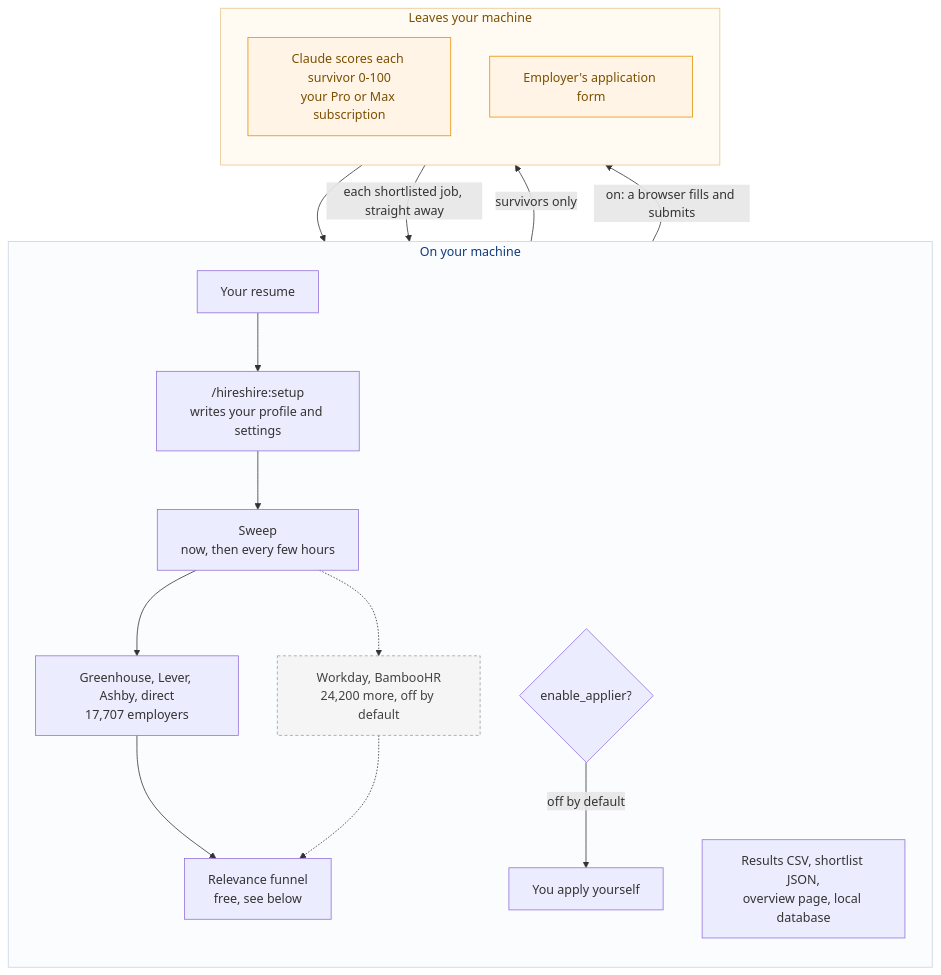
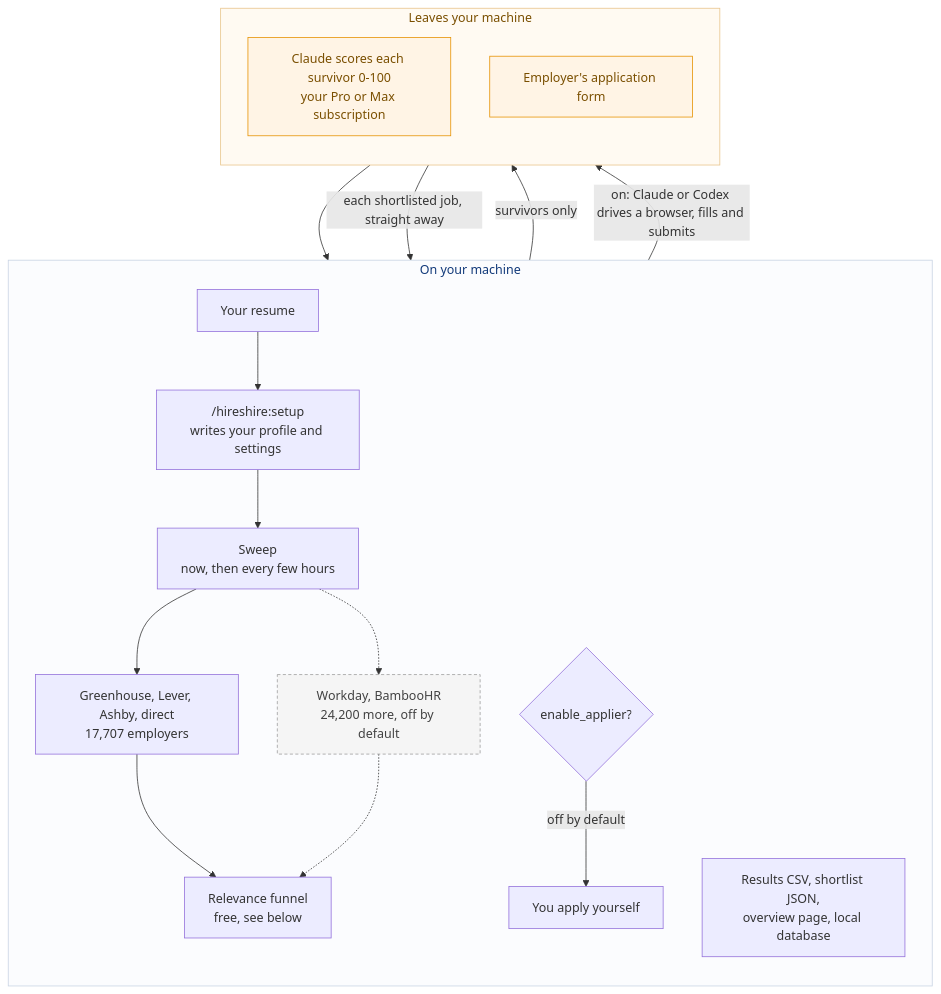
The first of 2 diagrams in docs/TECH_ARCH.md (slowloris-98/HireShire-plugin), drawn with Mermaid before and after one commit. The commit also changed other lines of this file and 20 other files, not shown here.

````diff
--- a/docs/TECH_ARCH.md
+++ b/docs/TECH_ARCH.md
@@ -16,38 +17,38 @@
 ```mermaid
 flowchart TD
     subgraph local["On your machine"]
         direction TB
         R["Your resume"]
         SET["/hireshire:setup<br/>writes your profile and settings"]
         SWEEP["Sweep<br/>now, then every few hours"]
         B1["Greenhouse, Lever, Ashby, direct<br/>17,707 employers"]
         B2["Workday, BambooHR<br/>24,200 more, off by default"]
         FUN["Relevance funnel<br/>free, see below"]
         OUT["Results CSV, shortlist JSON,<br/>overview page, local database"]
         APP{"enable_applier?"}
         YOU["You apply yourself"]
 
         R --> SET --> SWEEP
         SWEEP --> B1 --> FUN
         SWEEP -.-> B2 -.-> FUN
         APP -->|"off by default"| YOU
     end
 
     subgraph away["Leaves your machine"]
         direction TB
         CLAUDE["Claude scores each survivor 0-100<br/>your Pro or Max subscription"]
         EMP["Employer's application form"]
     end
 
     FUN -->|"survivors only"| CLAUDE
     CLAUDE --> OUT
     CLAUDE -->|"each shortlisted job, straight away"| APP
-    APP -->|"on: a browser fills and submits"| EMP
+    APP -->|"on: Claude or Codex drives a browser, fills and submits"| EMP
 
     classDef off fill:#f5f5f5,stroke:#9e9e9e,color:#424242,stroke-dasharray:4 3
     classDef away fill:#fff4e5,stroke:#e69100,color:#7a4f00
     class B2 off
     class CLAUDE,EMP away
     style local fill:#fbfcfe,stroke:#c8d3e3,color:#123a7a
     style away fill:#fffaf2,stroke:#e8c48a,color:#7a4f00
 ```
````
